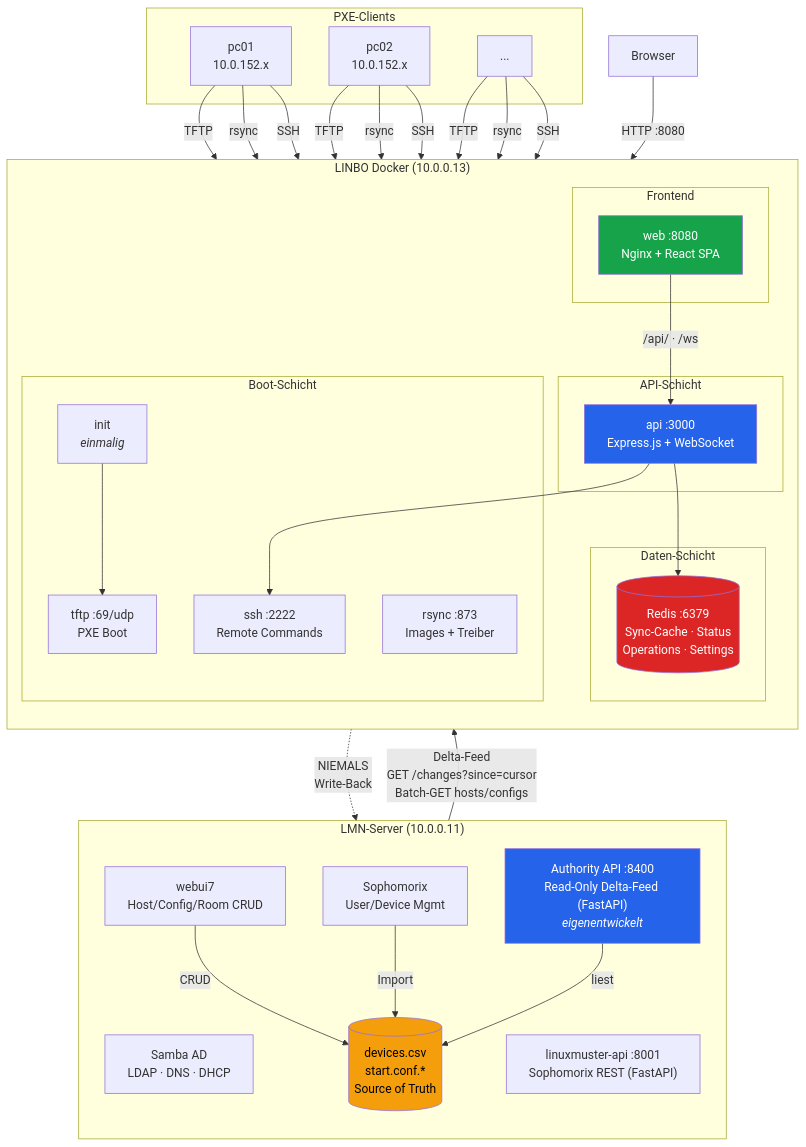
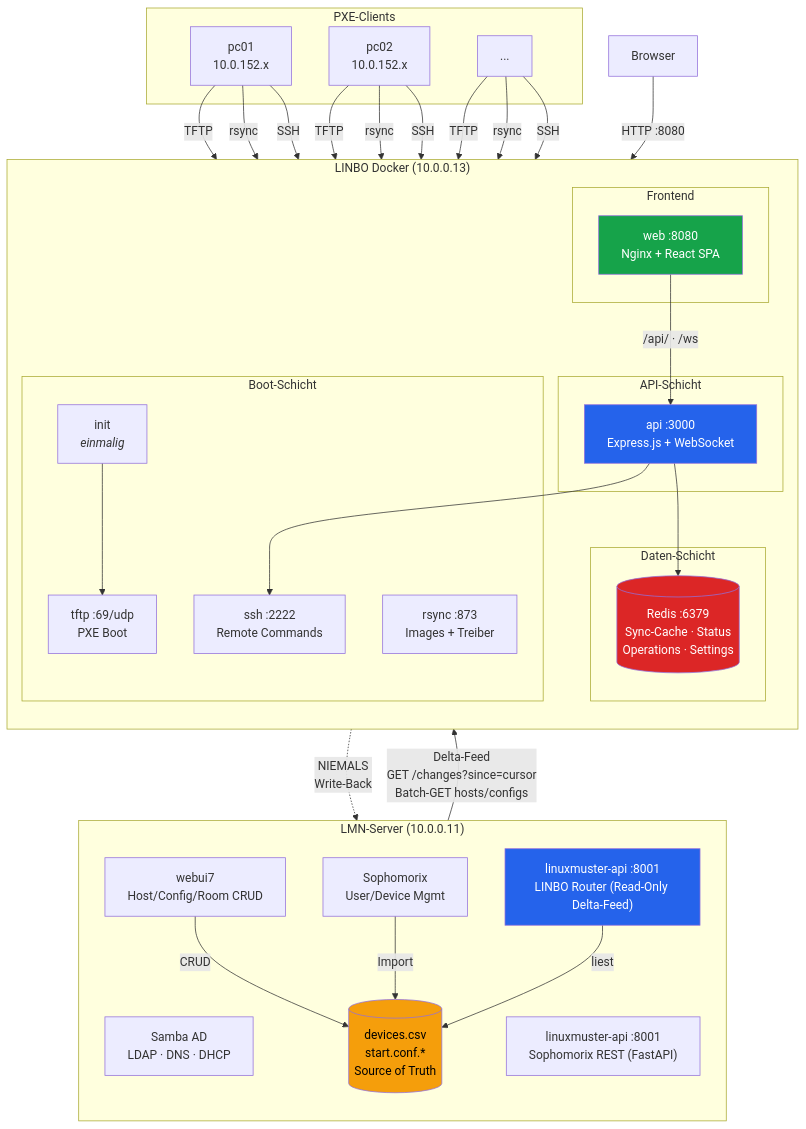
The first of 4 diagrams in docs/ARCHITECTURE.md (amolani/linbo-plugin), drawn with Mermaid before and after one commit. The commit also changed other lines of this file and 23 other files, not shown here.

First line of the commit message:
refactor: remove all legacy Authority API (port 8400) references

````diff
--- a/docs/ARCHITECTURE.md
+++ b/docs/ARCHITECTURE.md
@@ -7,65 +7,65 @@
 ```mermaid
 graph TB
     subgraph LMN["LMN-Server (10.0.0.11)"]
         direction TB
         AD["Samba AD<br/>LDAP · DNS · DHCP"]
         SOPHO["Sophomorix<br/>User/Device Mgmt"]
         WEBUI["webui7<br/>Host/Config/Room CRUD"]
         LMNAPI["linuxmuster-api :8001<br/>Sophomorix REST (FastAPI)"]
-        AUTH["Authority API :8400<br/>Read-Only Delta-Feed (FastAPI)<br/><i>eigenentwickelt</i>"]
+        AUTH["linuxmuster-api :8001<br/>LINBO Router (Read-Only Delta-Feed)"]
         CSV[("devices.csv<br/>start.conf.*<br/>Source of Truth")]
 
         WEBUI -->|CRUD| CSV
         SOPHO -->|Import| CSV
         AUTH -->|liest| CSV
     end
 
     subgraph DOCKER["LINBO Docker (10.0.0.13)"]
         direction TB
 
         subgraph BOOT["Boot-Schicht"]
             INIT["init<br/><i>einmalig</i>"]
             TFTP["tftp :69/udp<br/>PXE Boot"]
             RSYNC["rsync :873<br/>Images + Treiber"]
             SSH["ssh :2222<br/>Remote Commands"]
         end
 
         subgraph DATA["Daten-Schicht"]
             REDIS[("Redis :6379<br/>Sync-Cache · Status<br/>Operations · Settings")]
         end
 
         subgraph API_LAYER["API-Schicht"]
             API["api :3000<br/>Express.js + WebSocket"]
         end
 
         subgraph WEB["Frontend"]
             NGINX["web :8080<br/>Nginx + React SPA"]
         end
 
         INIT --> TFTP
         API --> SSH
         API --> REDIS
         NGINX -->|/api/ · /ws| API
     end
 
     subgraph CLIENTS["PXE-Clients"]
         PC1["pc01<br/>10.0.152.x"]
         PC2["pc02<br/>10.0.152.x"]
         PCN["..."]
     end
 
     AUTH -->|"Delta-Feed<br/>GET /changes?since=cursor<br/>Batch-GET hosts/configs"| API
     API -.->|"NIEMALS<br/>Write-Back"| AUTH
 
     PC1 & PC2 & PCN -->|TFTP| TFTP
     PC1 & PC2 & PCN -->|rsync| RSYNC
     PC1 & PC2 & PCN -->|SSH| SSH
 
     BROWSER["Browser"] -->|HTTP :8080| NGINX
 
     style AUTH fill:#2563eb,color:#fff
     style API fill:#2563eb,color:#fff
     style REDIS fill:#dc2626,color:#fff
     style NGINX fill:#16a34a,color:#fff
     style CSV fill:#f59e0b,color:#000
 ```
````
